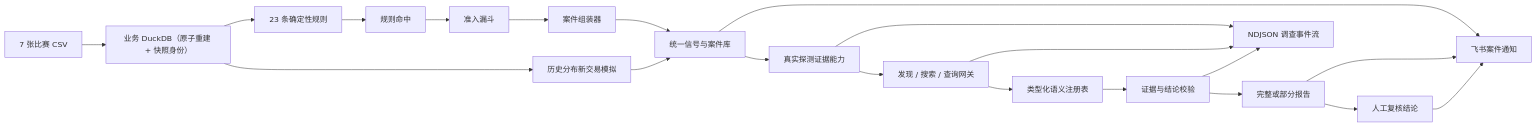
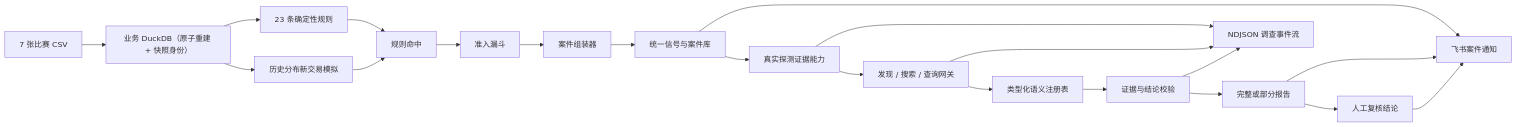
The diagram in docs/technical-solution.md (XiLongChong/ict-agent), drawn with Mermaid before and after one commit. The commit also changed other lines of this file and 12 other files, not shown here.

````diff
--- a/docs/technical-solution.md
+++ b/docs/technical-solution.md
@@ -9,23 +9,23 @@
 ```mermaid
 flowchart LR
     CSV["7 张比赛 CSV"] --> DB["业务 DuckDB（原子重建 + 快照身份）"]
     DB --> RULE["23 条确定性规则"]
     DB --> SIM["历史分布新交易模拟"]
     RULE --> HIT["规则命中"]
+    SIM --> HIT
     HIT --> ADMISSION["准入漏斗"]
     ADMISSION --> ASSEMBLER["案件组装器"]
     ASSEMBLER --> CASE["统一信号与案件库"]
-    SIM --> CASE
     CASE --> CATALOG["真实探测证据能力"]
     CATALOG --> GATEWAY["发现 / 搜索 / 查询网关"]
     GATEWAY --> TOOLS["类型化语义注册表"]
     TOOLS --> VALIDATE["证据与结论校验"]
     VALIDATE --> REPORT["完整或部分报告"]
     REPORT --> REVIEW["人工复核结论"]
     CASE --> FEISHU["飞书案件通知"]
     REPORT --> FEISHU
     REVIEW --> FEISHU
     CATALOG --> STREAM["NDJSON 调查事件流"]
     GATEWAY --> STREAM
     VALIDATE --> STREAM
 ```
````
